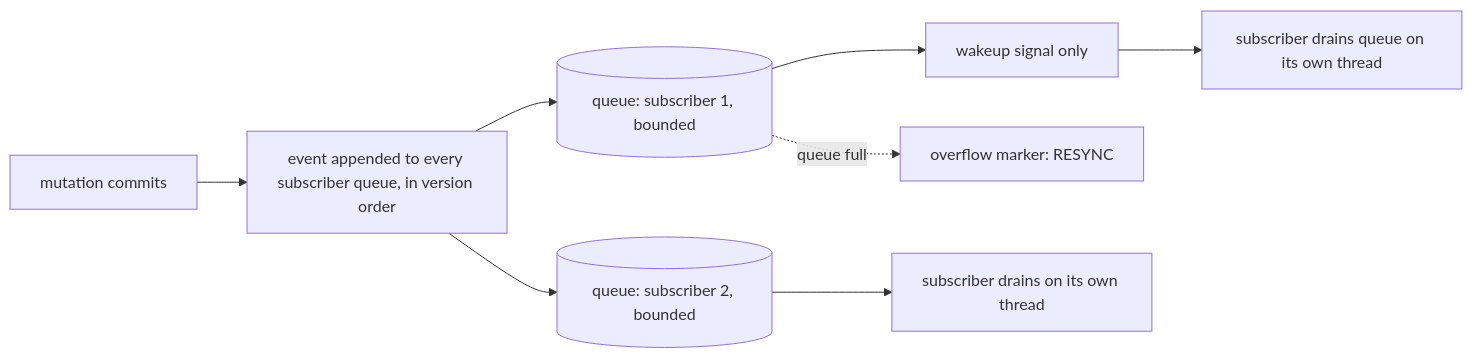
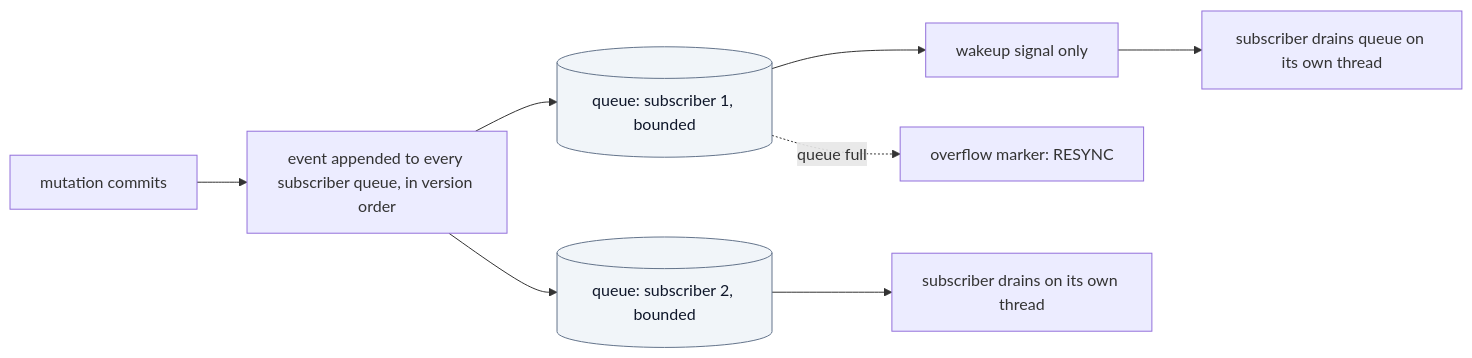
Before and after one commit to cdin-editor/spec: the first of 2 diagrams in docs/kernel/change-notifications.md, drawn with Mermaid. The commit also changed other lines of this file and 8 other files, not shown here.

````diff
--- a/docs/kernel/change-notifications.md
+++ b/docs/kernel/change-notifications.md
@@ -14,10 +14,12 @@
 ```mermaid
 flowchart LR
     M["mutation commits"] --> E["event appended to every subscriber queue, in version order"]
     E --> Q1[("queue: subscriber 1, bounded")]
     E --> Q2[("queue: subscriber 2, bounded")]
     Q1 --> W1["wakeup signal only"]
     W1 --> D1["subscriber drains queue on its own thread"]
     Q2 --> D2["subscriber drains on its own thread"]
     Q1 -. "queue full" .-> R["overflow marker: RESYNC"]
+    classDef ext fill:#f1f5f9,stroke:#64748b,color:#0f172a
+    class Q1,Q2 ext
 ```
````
